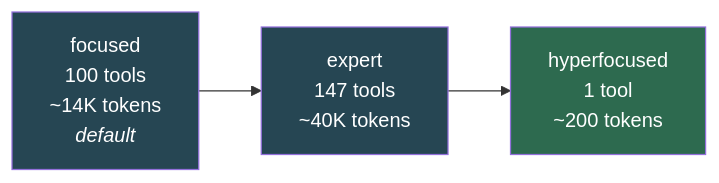
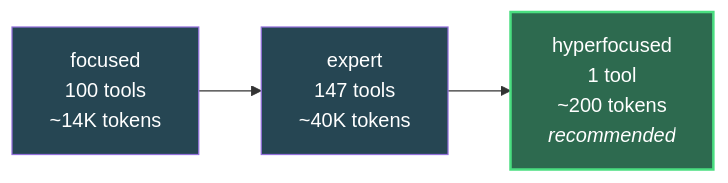
Before and after one commit to pooyoukun/vibing-steampunk: the third of 3 diagrams in README.md, drawn with Mermaid. The commit also changed other lines of this file and 6 other files, not shown here.

````diff
--- a/README.md
+++ b/README.md
@@ -558,8 +558,8 @@
 ```mermaid
 graph LR
-    F["focused<br/>100 tools<br/>~14K tokens<br/><i>default</i>"] --> E["expert<br/>147 tools<br/>~40K tokens"]
-    E --> H["hyperfocused<br/>1 tool<br/>~200 tokens"]
-    style H fill:#2d6a4f,color:#fff
+    F["focused<br/>100 tools<br/>~14K tokens"] --> E["expert<br/>147 tools<br/>~40K tokens"]
+    E --> H["hyperfocused<br/>1 tool<br/>~200 tokens<br/><i>recommended</i>"]
+    style H fill:#2d6a4f,color:#fff,stroke:#4ade80,stroke-width:2px
     style F fill:#264653,color:#fff
     style E fill:#264653,color:#fff
 ```
````
